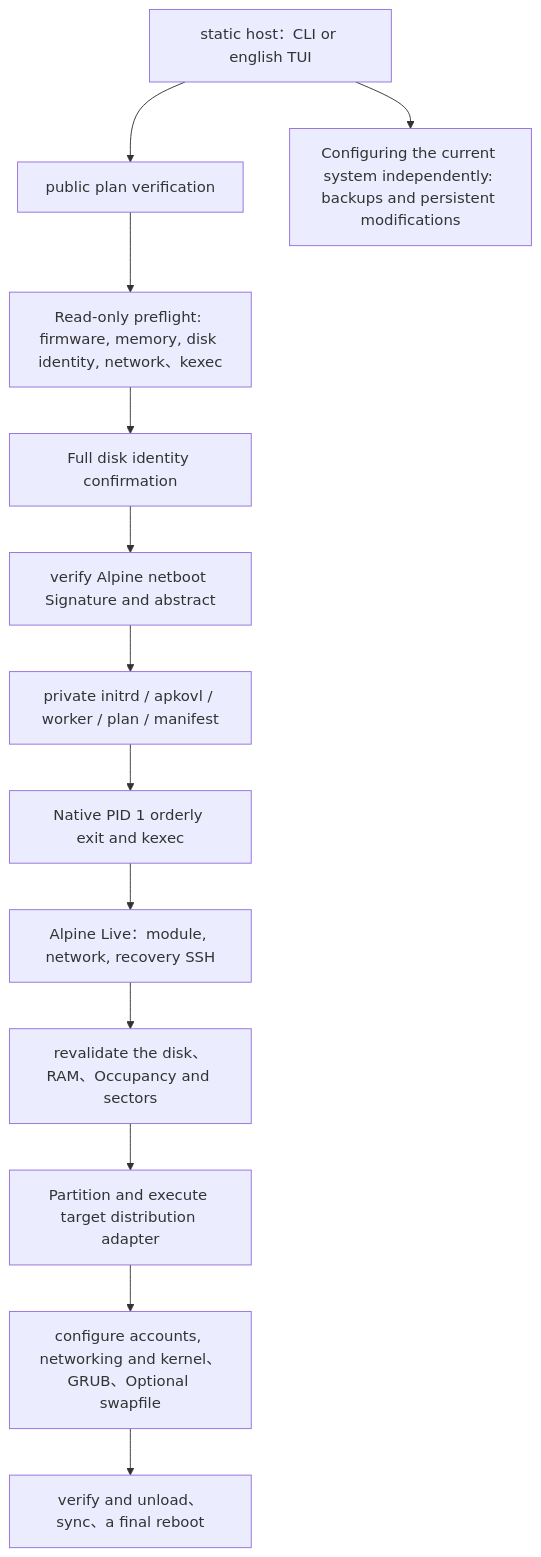
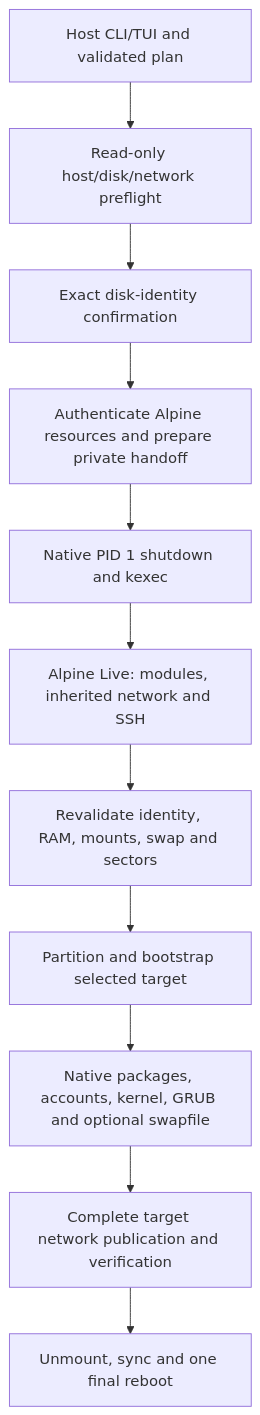
Before and after one commit to Clementine-Miles/rustaller: the diagram in docs/ARCHITECTURE.md, drawn with Mermaid. The commit also changed other lines of this file and 155 other files, not shown here.

Commit message:
Consolidate target networking and remove live administration

````diff
--- a/docs/ARCHITECTURE.md
+++ b/docs/ARCHITECTURE.md
@@ -38,15 +32,13 @@
 ```mermaid
 flowchart TD
-    A[static host：CLI or english TUI] --> B[public plan verification]
-    B --> C[Read-only preflight: firmware, memory, disk identity, network、kexec]
-    C --> D[Full disk identity confirmation]
-    D --> E[verify Alpine netboot Signature and abstract]
-    E --> F[private initrd / apkovl / worker / plan / manifest]
-    F --> G[Native PID 1 orderly exit and kexec]
-    G --> H[Alpine Live：module, network, recovery SSH]
-    H --> I[revalidate the disk、RAM、Occupancy and sectors]
-    I --> J[Partition and execute target distribution adapter]
-    J --> K[configure accounts, networking and kernel、GRUB、Optional swapfile]
-    K --> L[verify and unload、sync、a final reboot]
-    A --> M[Configuring the current system independently: backups and persistent modifications]
+    A[Host CLI/TUI and validated plan] --> B[Read-only host/disk/network preflight]
+    B --> C[Exact disk-identity confirmation]
+    C --> D[Authenticate Alpine resources and prepare private handoff]
+    D --> E[Native PID 1 shutdown and kexec]
+    E --> F[Alpine Live: modules, inherited network and SSH]
+    F --> G[Revalidate identity, RAM, mounts, swap and sectors]
+    G --> H[Partition and bootstrap selected target]
+    H --> I[Native packages, accounts, kernel, GRUB and optional swapfile]
+    I --> J[Complete target network publication and verification]
+    J --> K[Unmount, sync and one final reboot]
 ```
````
